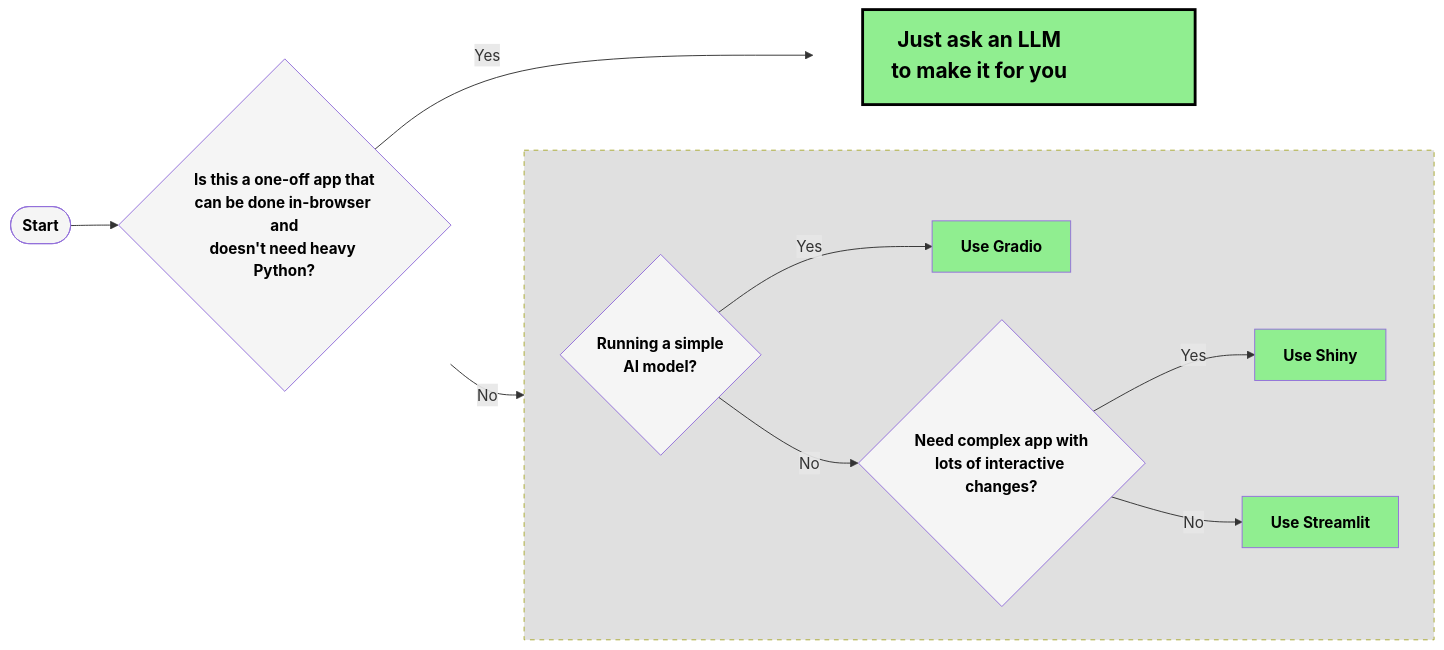
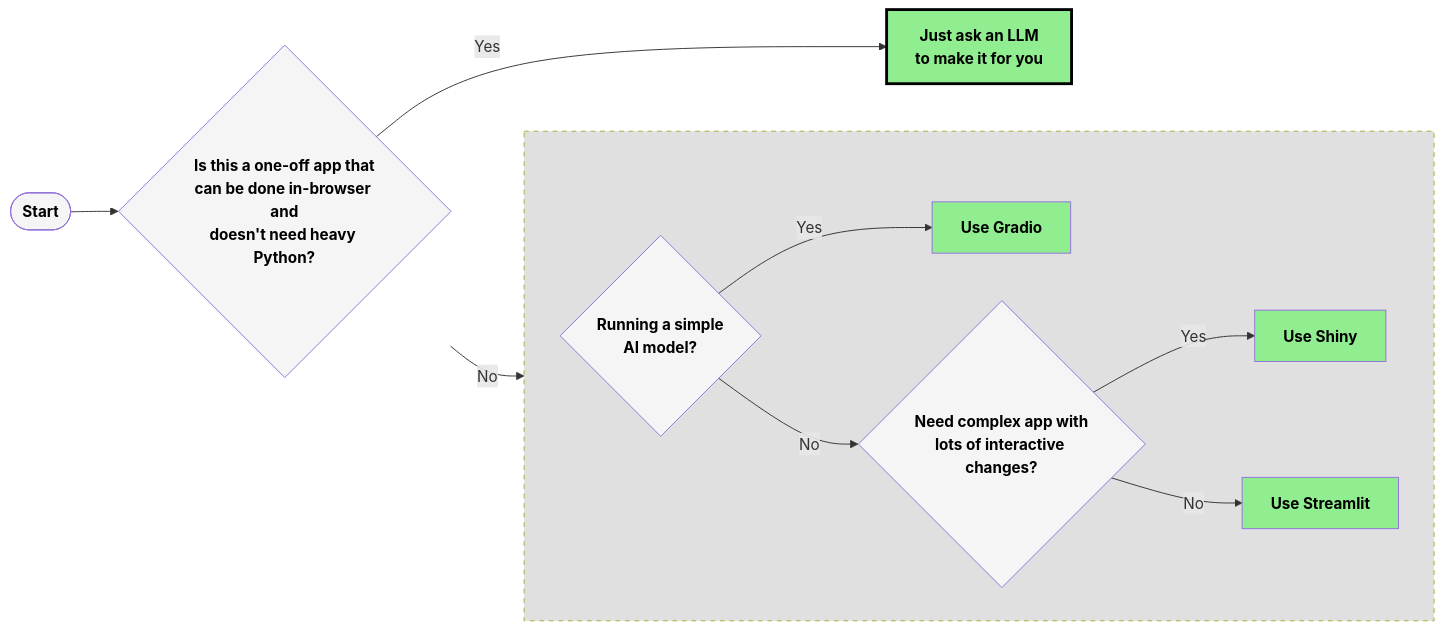
Before and after one commit to AlanFeder/rgov-2024: the second of 2 diagrams in d1_presentation/talk_v1.qmd, drawn with Mermaid. The commit also changed other lines of this file and 14 other files, not shown here.

````diff
--- a/d1_presentation/talk_v1.qmd
+++ b/d1_presentation/talk_v1.qmd
@@ -405,32 +447,31 @@
 ```{mermaid}
-%%{init: {'theme': 'default', 'themeVariables': { 'fontSize': '16px', 'fontFamily': 'arial', 'nodeTextColor': '#000000', 'mainBkg': '#f5f5f5' }}}%%
+%%{init: {'theme': 'default', 'themeVariables': { 'fontSize': '16px', 'fontFamily': 'arial', 'nodeTextColor': '#000000', 'mainBkg': '#f5f5f5', 'labelBackgroundColor': 'transparent' }}}%%
 flowchart LR
 
     A([Start])
     X{Is this a one-off app that<br>can be done in-browser and<br>doesn't need heavy Python?}
     Y[Just ask an LLM<br>to make it for you]
     
     A --> X
     X -->|Yes| Y
     X -->|No| B
     subgraph Python-Frameworks[" "]
         direction LR
         B{Running a simple<br>AI model?}
         B -->|Yes| C[Use Gradio]
         B -->|No| F{Need complex app with<br>lots of interactive changes?}
         F -->|Yes| E[Use Shiny]
         F -->|No| H[Use Streamlit]
     end
 
     style C fill:#90EE90,color:#000000,font-weight:bold
     style H fill:#90EE90,color:#000000,font-weight:bold
     style E fill:#90EE90,color:#000000,font-weight:bold
-    style Y fill:#90EE90,color:#000000,font-weight:bold,font-size:22px,stroke:#000000,stroke-width:3px,width:350px,height:100px
+    style Y fill:#90EE90,color:#000000,font-weight:bold,font-size:16px,stroke:#000000,stroke-width:3px
     style B fill:#f5f5f5,color:#000000,font-weight:bold
     style F fill:#f5f5f5,color:#000000,font-weight:bold
     style A fill:#f5f5f5,color:#000000,font-weight:bold,fontSize:20px
     style X fill:#f5f5f5,color:#000000,font-weight:bold
     
     style Python-Frameworks fill:#e0e0e0,stroke-dasharray: 5 5
-
 ```
````
